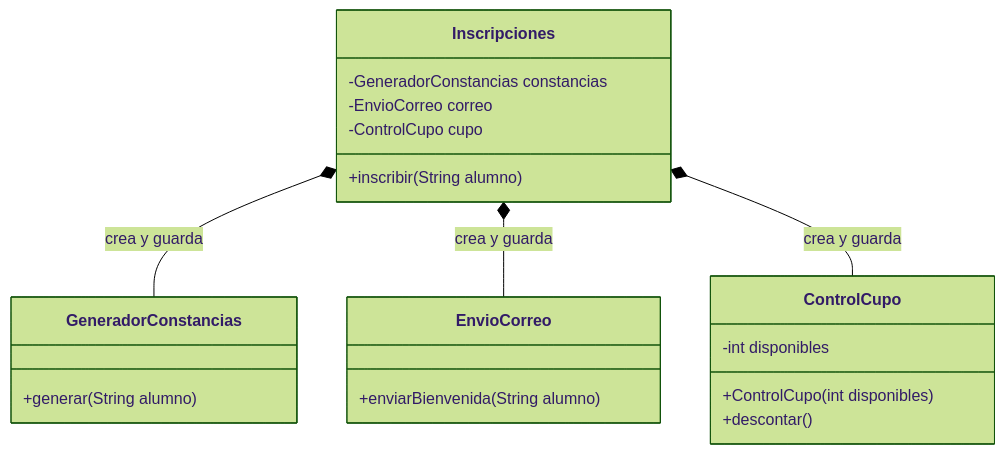
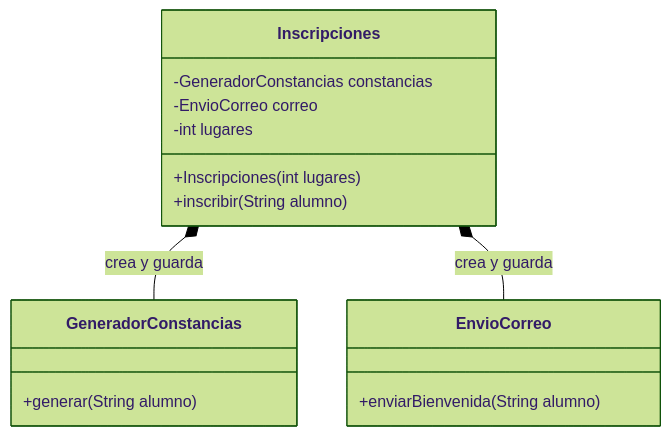
One commit to carevalomx69/DesignPatterns changed the first of 2 diagrams in 07 - Observer/README.md. Above: the diagram before and after it, drawn with Mermaid (forest theme). The commit also changed other lines of this file and 8 other files, not shown here.

````diff
--- a/07 - Observer/README.md
+++ b/07 - Observer/README.md
@@ -143,23 +171,18 @@
 ```mermaid
 classDiagram
     class Inscripciones {
         -GeneradorConstancias constancias
         -EnvioCorreo correo
-        -ControlCupo cupo
+        -int lugares
+        +Inscripciones(int lugares)
         +inscribir(String alumno)
     }
     class GeneradorConstancias {
         +generar(String alumno)
     }
     class EnvioCorreo {
         +enviarBienvenida(String alumno)
     }
-    class ControlCupo {
-        -int disponibles
-        +ControlCupo(int disponibles)
-        +descontar()
-    }
     Inscripciones *-- GeneradorConstancias : crea y guarda
     Inscripciones *-- EnvioCorreo : crea y guarda
-    Inscripciones *-- ControlCupo : crea y guarda
 ```
````
